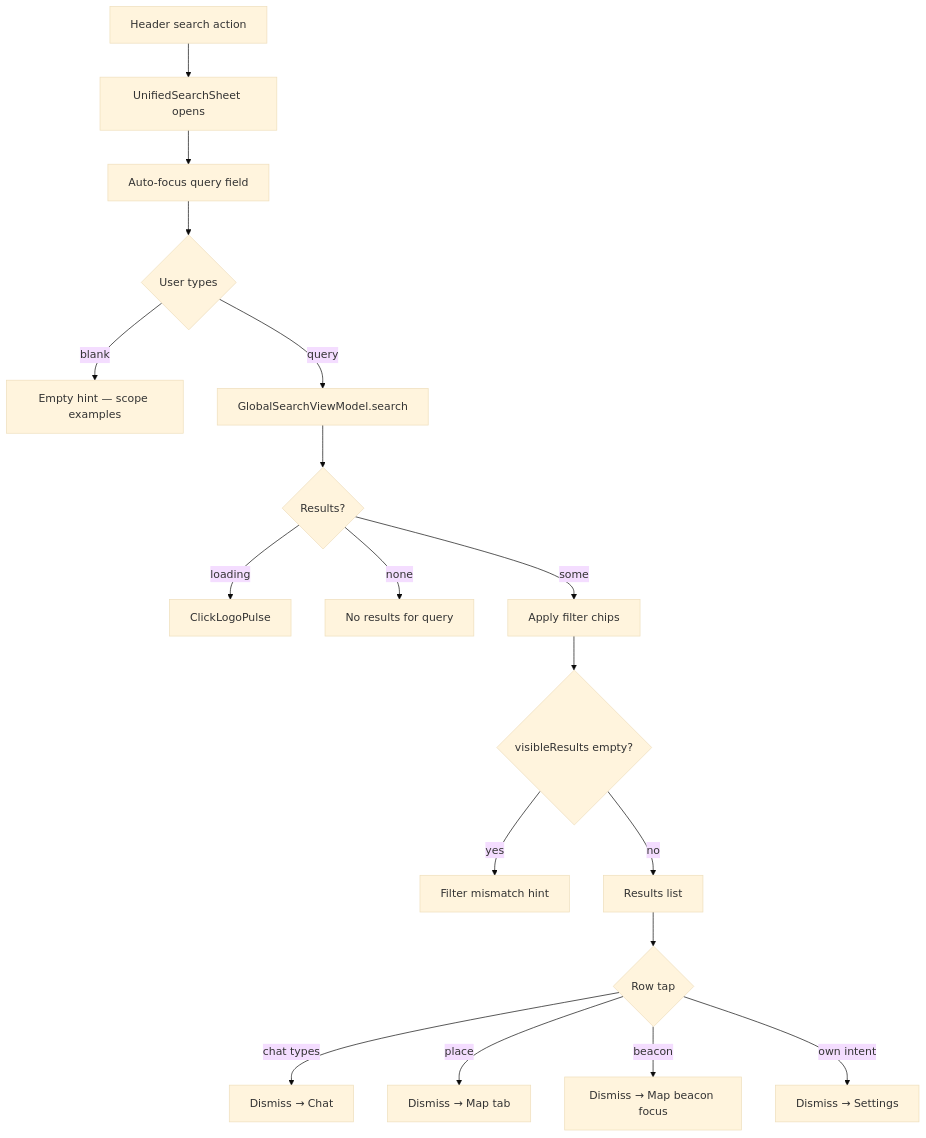
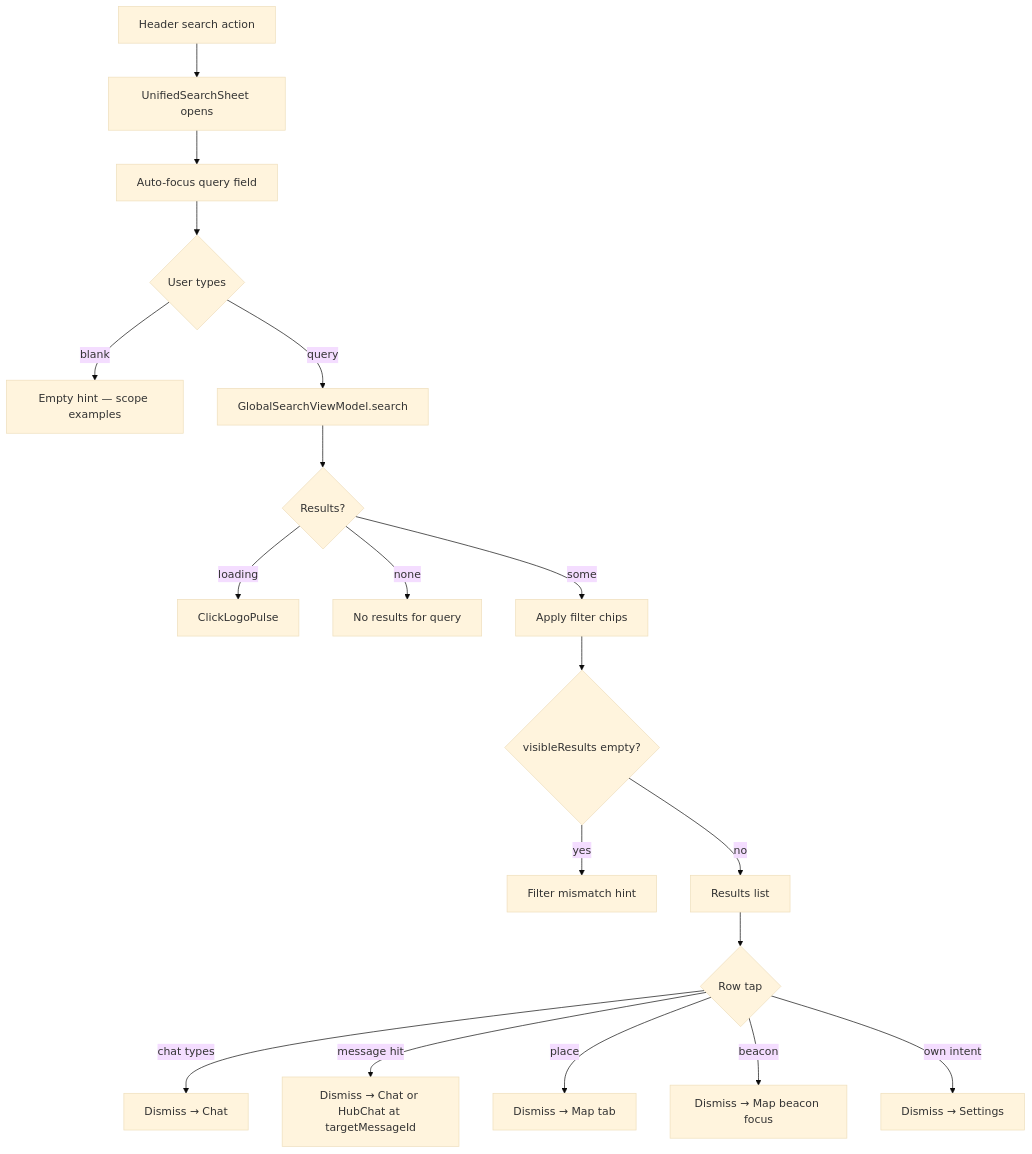
Before and after one commit to lightningbolts/click: the diagram in docs/ui-ux/mobile/11-search.md, drawn with Mermaid (base theme). The commit also changed other lines of this file and 22 other files, not shown here.

First line of the commit message:
Search message deep-links and hub chat layout parity (#81)

````diff
--- a/docs/ui-ux/mobile/11-search.md
+++ b/docs/ui-ux/mobile/11-search.md
@@ -206,20 +207,21 @@
 ```mermaid
 flowchart TD
     A[Header search action] --> B[UnifiedSearchSheet opens]
     B --> C[Auto-focus query field]
     C --> D{User types}
     D -->|blank| E[Empty hint — scope examples]
     D -->|query| F[GlobalSearchViewModel.search]
     F --> G{Results?}
     G -->|loading| H[ClickLogoPulse]
     G -->|none| I["No results for query"]
     G -->|some| J[Apply filter chips]
     J --> K{visibleResults empty?}
     K -->|yes| L[Filter mismatch hint]
     K -->|no| M[Results list]
     M --> N{Row tap}
     N -->|chat types| O[Dismiss → Chat]
+    N -->|message hit| O2[Dismiss → Chat or HubChat at targetMessageId]
     N -->|place| P[Dismiss → Map tab]
     N -->|beacon| Q[Dismiss → Map beacon focus]
     N -->|own intent| R[Dismiss → Settings]
 ```
````
